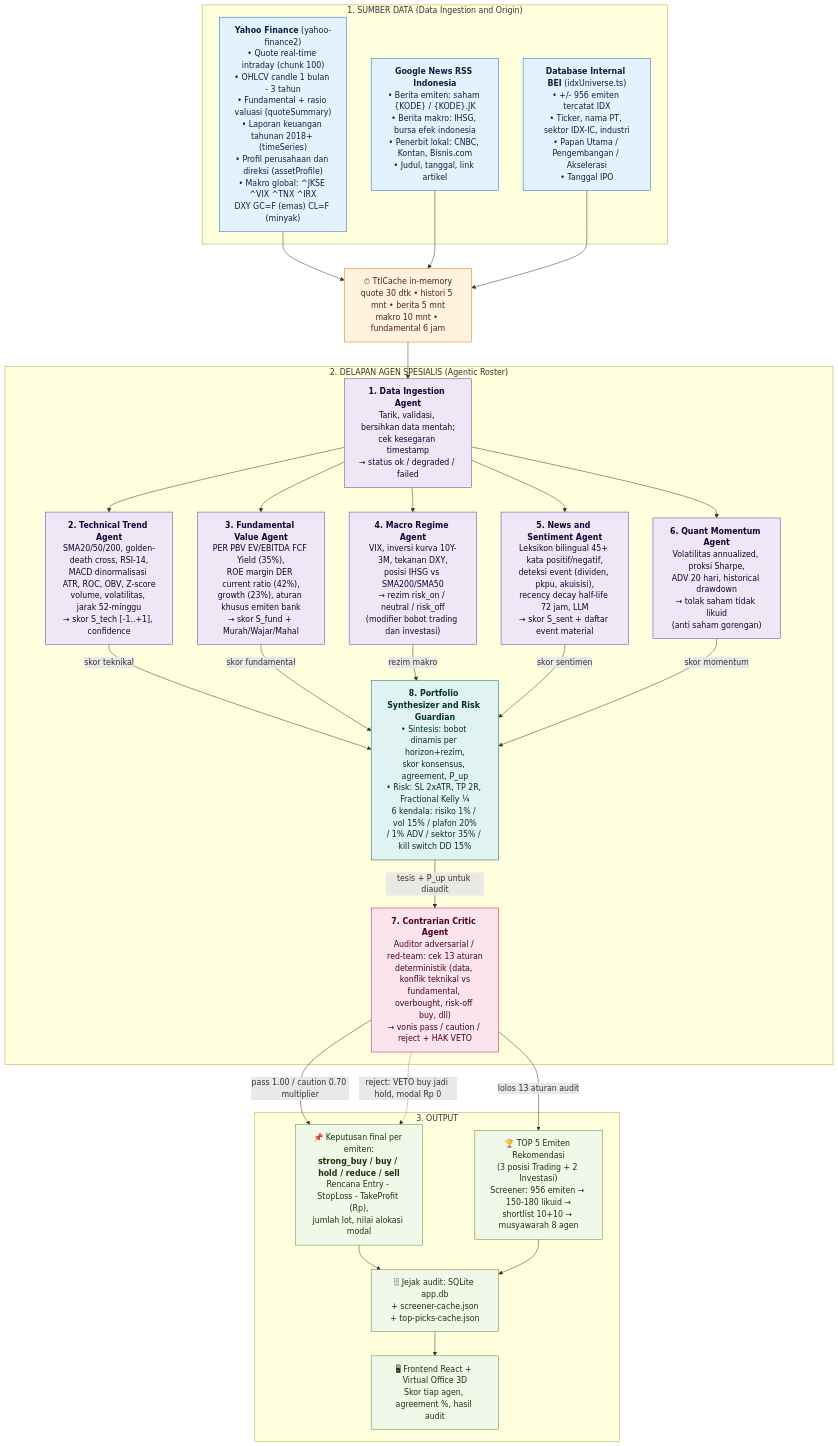
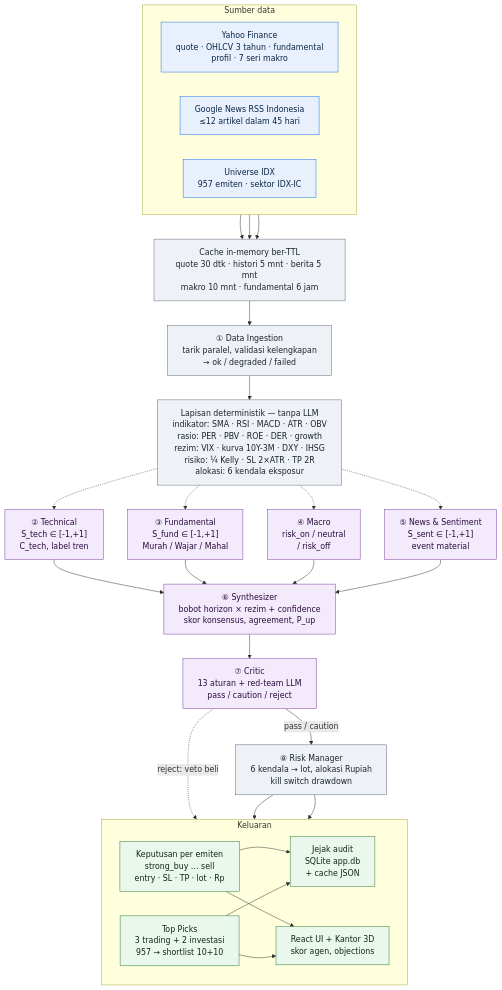
The diagram in ARSITEKTUR_AGENTIC_DIAGRAM.mmd (faridev33/Agentic-Market-Desk), drawn with Mermaid before and after one commit. The commit also changed 2 other files, not shown here.

```diff
--- a/ARSITEKTUR_AGENTIC_DIAGRAM.mmd
+++ b/ARSITEKTUR_AGENTIC_DIAGRAM.mmd
@@ -1,77 +1,76 @@
 %% ================================================================
-%% AGENTIC MARKET DESK — Diagram Alur: Sumber Data -> 8 Agen -> Output
-%% Sumber: ROADMAP_DAN_ARSITEKTUR_AGENTIC.md
-%% Render: mermaid.live, VS Code (Mermaid preview), atau GitHub
+%% AGENTIC MARKET DESK — peta arsitektur (versi rinci / poster)
+%% Prinsip: semua angka lahir di lapisan deterministik; LLM hanya menilai.
+%% Render: mmdc -i ARSITEKTUR_AGENTIC_DIAGRAM.mmd -o ARSITEKTUR_AGENTIC_DIAGRAM.svg -b white
+%% Urutan agen mengikuti services/analysisService.ts (OFFICE_ROSTER).
 %% ================================================================
+%%{init: {"flowchart": {"wrappingWidth": 330, "curve": "basis"}, "fontSize": 15}}%%
 flowchart TD
 
-    %% ---------- 1. SUMBER DATA ----------
-    subgraph DATA["1. SUMBER DATA (Data Ingestion and Origin)"]
-        YF["<b>Yahoo Finance</b> (yahoo-finance2)<br/>• Quote real-time intraday (chunk 100)<br/>• OHLCV candle 1 bulan - 3 tahun<br/>• Fundamental + rasio valuasi (quoteSummary)<br/>• Laporan keuangan tahunan 2018+ (timeSeries)<br/>• Profil perusahaan dan direksi (assetProfile)<br/>• Makro global: ^JKSE ^VIX ^TNX ^IRX<br/>DXY GC=F (emas) CL=F (minyak)"]
-        GN["<b>Google News RSS Indonesia</b><br/>• Berita emiten: saham {KODE} / {KODE}.JK<br/>• Berita makro: IHSG, bursa efek indonesia<br/>• Penerbit lokal: CNBC, Kontan, Bisnis.com<br/>• Judul, tanggal, link artikel"]
-        IDXDB["<b>Database Internal BEI</b> (idxUniverse.ts)<br/>• +/- 956 emiten tercatat IDX<br/>• Ticker, nama PT, sektor IDX-IC, industri<br/>• Papan Utama / Pengembangan / Akselerasi<br/>• Tanggal IPO"]
+    subgraph DATA["Sumber data"]
+        direction LR
+        YF["Yahoo Finance<br/>quote · OHLCV 3 tahun · fundamental<br/>profil · 7 seri makro"]
+        GN["Google News RSS Indonesia<br/>≤12 artikel dalam 45 hari"]
+        IDX["Universe IDX<br/>957 emiten · sektor IDX-IC"]
     end
 
-    CACHE["⏱ TtlCache in-memory<br/>quote 30 dtk • histori 5 mnt • berita 5 mnt<br/>makro 10 mnt • fundamental 6 jam"]
+    CACHE["Cache in-memory ber-TTL<br/>quote 30 dtk · histori 5 mnt · berita 5 mnt<br/>makro 10 mnt · fundamental 6 jam"]
 
-    %% ---------- 2. DELAPAN AGEN ----------
-    subgraph AGENTS["2. DELAPAN AGEN SPESIALIS (Agentic Roster)"]
-        A1["<b>1. Data Ingestion Agent</b><br/>Tarik, validasi, bersihkan data mentah;<br/>cek kesegaran timestamp<br/>→ status ok / degraded / failed"]
-        A2["<b>2. Technical Trend Agent</b><br/>SMA20/50/200, golden-death cross, RSI-14,<br/>MACD dinormalisasi ATR, ROC, OBV, Z-score<br/>volume, volatilitas, jarak 52-minggu<br/>→ skor S_tech [-1..+1], confidence"]
-        A3["<b>3. Fundamental Value Agent</b><br/>PER PBV EV/EBITDA FCF Yield (35%),<br/>ROE margin DER current ratio (42%),<br/>growth (23%), aturan khusus emiten bank<br/>→ skor S_fund + Murah/Wajar/Mahal"]
-        A4["<b>4. Macro Regime Agent</b><br/>VIX, inversi kurva 10Y-3M, tekanan DXY,<br/>posisi IHSG vs SMA200/SMA50<br/>→ rezim risk_on / neutral / risk_off<br/>(modifier bobot trading dan investasi)"]
-        A5["<b>5. News and Sentiment Agent</b><br/>Leksikon bilingual 45+ kata positif/negatif,<br/>deteksi event (dividen, pkpu, akuisisi),<br/>recency decay half-life 72 jam, LLM<br/>→ skor S_sent + daftar event material"]
-        A6["<b>6. Quant Momentum Agent</b><br/>Volatilitas annualized, proksi Sharpe,<br/>ADV 20 hari, historical drawdown<br/>→ tolak saham tidak likuid<br/>(anti saham gorengan)"]
-        A8["<b>8. Portfolio Synthesizer and Risk Guardian</b><br/>• Sintesis: bobot dinamis per horizon+rezim,<br/>skor konsensus, agreement, P_up<br/>• Risk: SL 2xATR, TP 2R, Fractional Kelly ¼<br/>6 kendala: risiko 1% / vol 15% / plafon 20%<br/>/ 1% ADV / sektor 35% / kill switch DD 15%"]
-        A7["<b>7. Contrarian Critic Agent</b><br/>Auditor adversarial / red-team: cek 13 aturan<br/>deterministik (data, konflik teknikal vs<br/>fundamental, overbought, risk-off buy, dll)<br/>→ vonis pass / caution / reject + HAK VETO"]
+    ING["① Data Ingestion<br/>tarik paralel, validasi kelengkapan<br/>→ ok / degraded / failed"]
+
+    DET["Lapisan deterministik — tanpa LLM<br/>indikator: SMA · RSI · MACD · ATR · OBV<br/>rasio: PER · PBV · ROE · DER · growth<br/>rezim: VIX · kurva 10Y-3M · DXY · IHSG<br/>risiko: ¼ Kelly · SL 2×ATR · TP 2R<br/>alokasi: 6 kendala eksposur"]
+
+    T["② Technical<br/>S_tech ∈ [-1,+1]<br/>C_tech, label tren"]
+    F["③ Fundamental<br/>S_fund ∈ [-1,+1]<br/>Murah / Wajar / Mahal"]
+    M["④ Macro<br/>risk_on / neutral<br/>/ risk_off"]
+    N["⑤ News &amp; Sentiment<br/>S_sent ∈ [-1,+1]<br/>event material"]
+
+    SYN["⑥ Synthesizer<br/>bobot horizon × rezim + confidence<br/>skor konsensus, agreement, P_up"]
+
+    CRT["⑦ Critic<br/>13 aturan + red-team LLM<br/>pass / caution / reject"]
+
+    RSK["⑧ Risk Manager<br/>6 kendala → lot, alokasi Rupiah<br/>kill switch drawdown"]
+
+    subgraph OUT["Keluaran"]
+        direction LR
+        DEC["Keputusan per emiten<br/>strong_buy … sell<br/>entry · SL · TP · lot · Rp"]
+        PICK["Top Picks<br/>3 trading + 2 investasi<br/>957 → shortlist 10+10"]
+        DB["Jejak audit<br/>SQLite app.db<br/>+ cache JSON"]
+        UI["React UI + Kantor 3D<br/>skor agen, objections"]
     end
 
-    %% ---------- 3. OUTPUT ----------
-    subgraph OUTPUT["3. OUTPUT"]
-        DEC["📌 Keputusan final per emiten:<br/><b>strong_buy / buy / hold / reduce / sell</b><br/>Rencana Entry - StopLoss - TakeProfit (Rp),<br/>jumlah lot, nilai alokasi modal"]
-        PICK["🏆 TOP 5 Emiten Rekomendasi<br/>(3 posisi Trading + 2 Investasi)<br/>Screener: 956 emiten → 150-180 likuid →<br/>shortlist 10+10 → musyawarah 8 agen"]
-        STORE["🗄 Jejak audit: SQLite app.db<br/>+ screener-cache.json<br/>+ top-picks-cache.json"]
-        UI["🖥 Frontend React + Virtual Office 3D<br/>Skor tiap agen, agreement %, hasil audit"]
-    end
-
-    %% ---------- KONEKSI ----------
     YF --> CACHE
     GN --> CACHE
-    IDXDB --> CACHE
-    CACHE --> A1
+    IDX --> CACHE
+    CACHE --> ING
+    ING --> DET
 
-    A1 --> A2
-    A1 --> A3
-    A1 --> A4
-    A1 --> A5
-    A1 --> A6
+    DET -.-> T
+    DET -.-> F
+    DET -.-> M
+    DET -.-> N
 
-    A2 -->|skor teknikal| A8
-    A3 -->|skor fundamental| A8
-    A4 -->|rezim makro| A8
-    A5 -->|skor sentimen| A8
-    A6 -->|skor momentum| A8
+    T --> SYN
+    F --> SYN
+    M --> SYN
+    N --> SYN
 
-    A8 -->|tesis + P_up untuk diaudit| A7
-    A7 -->|pass 1.00 / caution 0.70 multiplier| DEC
-    A7 -.->|reject: VETO buy jadi hold, modal Rp 0| DEC
-    A7 -->|lolos 13 aturan audit| PICK
+    SYN --> CRT
+    CRT -->|"pass / caution"| RSK
+    CRT -.->|"reject: veto beli"| DEC
 
-    DEC --> STORE
-    PICK --> STORE
-    STORE --> UI
+    RSK --> DEC
+    RSK --> PICK
+    DEC --> DB
+    PICK --> DB
+    DEC --> UI
+    PICK --> UI
 
-    %% ---------- WARNA ----------
-    classDef src fill:#E3F2FD,stroke:#1565C0,color:#0D213D;
-    classDef cache fill:#FFF3E0,stroke:#EF6C00,color:#4E2700;
-    classDef agent fill:#EDE7F6,stroke:#5E35B1,color:#1A0033;
-    classDef critic fill:#FCE4EC,stroke:#C2185B,color:#4A0020;
-    classDef guardian fill:#E0F2F1,stroke:#00695C,color:#00332A;
-    classDef out fill:#F1F8E9,stroke:#558B2F,color:#1B3409;
-
-    class YF,GN,IDXDB src;
-    class CACHE cache;
-    class A1,A2,A3,A4,A5,A6 agent;
-    class A7 critic;
-    class A8 guardian;
-    class DEC,PICK,STORE,UI out;
+    classDef src fill:#E8F0FE,stroke:#1A73E8,color:#0B2545
+    classDef det fill:#EEF1F6,stroke:#5F6B7A,color:#1B2430
+    classDef llm fill:#F3EAFB,stroke:#7B3FA0,color:#2A0B3D
+    classDef out fill:#E9F7EC,stroke:#2E7D32,color:#0F2A12
+    class YF,GN,IDX src
+    class CACHE,ING,DET,RSK det
+    class T,F,M,N,SYN,CRT llm
+    class DEC,PICK,DB,UI out
```
